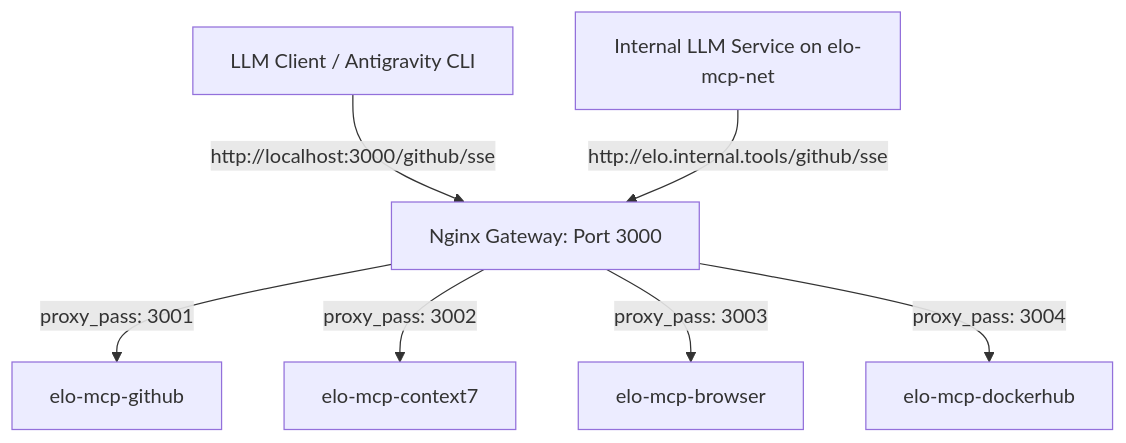
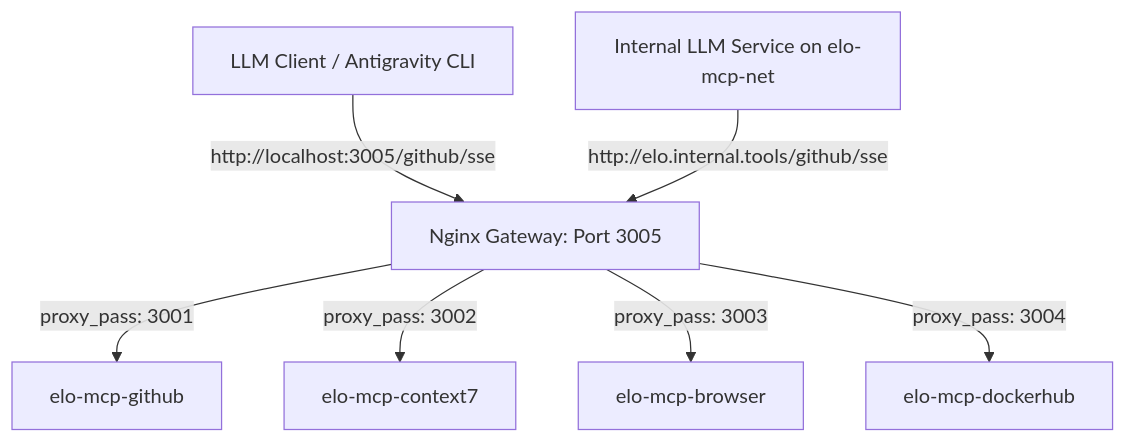
The diagram in tools/mcp/README.md (tupynambalucas/elo-organico), drawn with Mermaid before and after one commit. The commit also changed other lines of this file and 41 other files, not shown here.

````diff
--- a/tools/mcp/README.md
+++ b/tools/mcp/README.md
@@ -13,9 +13,9 @@
 ```mermaid
 graph TD
-    Client[LLM Client / Antigravity CLI] -- "http://localhost:3000/github/sse" --> Gateway[Nginx Gateway: Port 3000]
+    Client[LLM Client / Antigravity CLI] -- "http://localhost:3005/github/sse" --> Gateway[Nginx Gateway: Port 3005]
     InternalLLM[Internal LLM Service on elo-mcp-net] -- "http://elo.internal.tools/github/sse" --> Gateway
     Gateway -- proxy_pass: 3001 --> Github[elo-mcp-github]
     Gateway -- proxy_pass: 3002 --> Context7[elo-mcp-context7]
     Gateway -- proxy_pass: 3003 --> Browser[elo-mcp-browser]
     Gateway -- proxy_pass: 3004 --> Dockerhub[elo-mcp-dockerhub]
 ```
````
